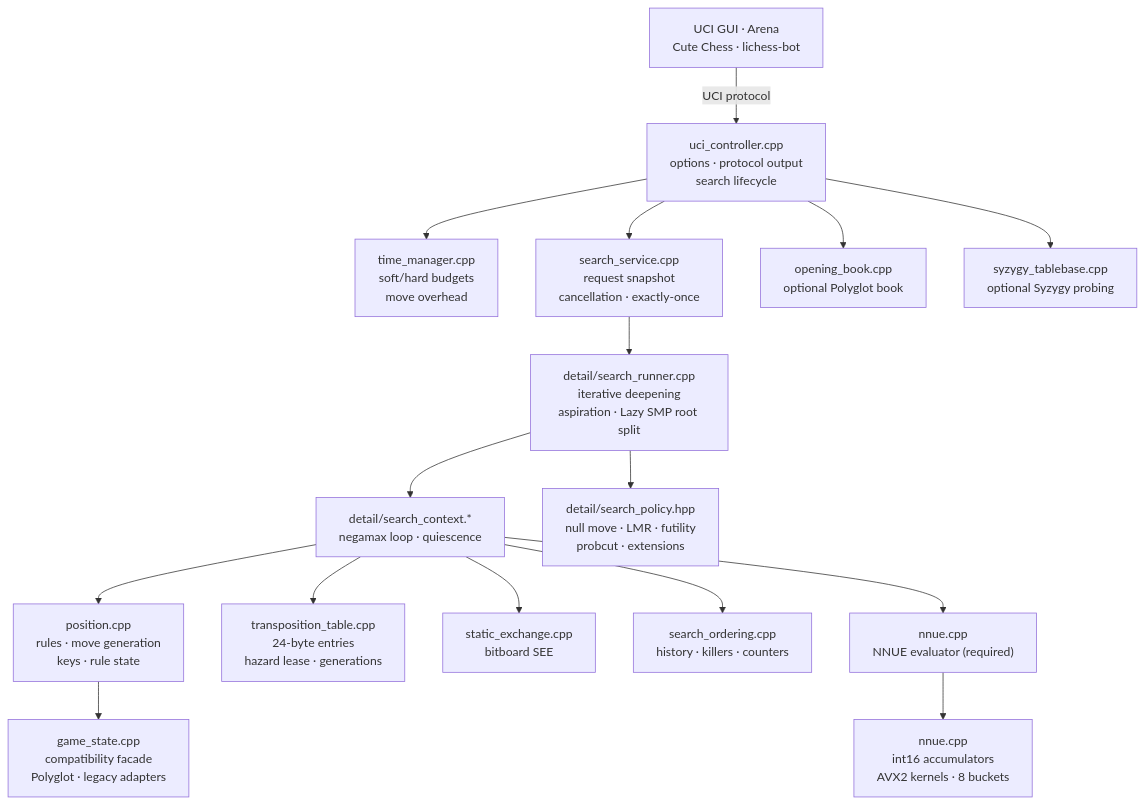
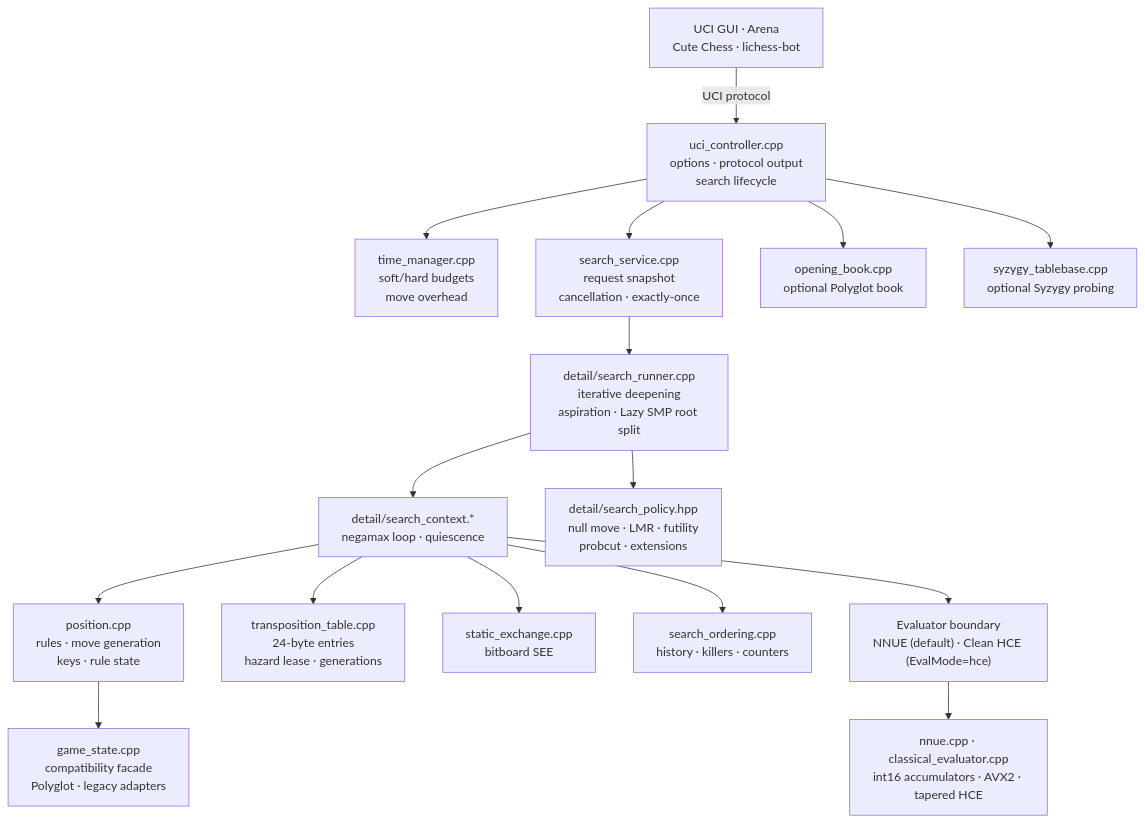
One commit to nhatquang1701/Koi changed the diagram in docs/ARCHITECTURE.md. Above: the diagram before and after it, drawn with Mermaid. The commit also changed other lines of this file and 12 other files, not shown here.

````diff
--- a/docs/ARCHITECTURE.md
+++ b/docs/ARCHITECTURE.md
@@ -7,19 +7,19 @@
 ```mermaid
 flowchart TD
     GUI["UCI GUI · Arena<br/>Cute Chess · lichess-bot"] -- "UCI protocol" --> UCI
     UCI["uci_controller.cpp<br/>options · protocol output<br/>search lifecycle"]
     UCI --> TIME["time_manager.cpp<br/>soft/hard budgets<br/>move overhead"]
     UCI --> SERVICE["search_service.cpp<br/>request snapshot<br/>cancellation · exactly-once"]
     SERVICE --> RUNNER["detail/search_runner.cpp<br/>iterative deepening<br/>aspiration · Lazy SMP root split"]
     RUNNER --> CONTEXT["detail/search_context.*<br/>negamax loop · quiescence"]
     RUNNER --> POLICY["detail/search_policy.hpp<br/>null move · LMR · futility<br/>probcut · extensions"]
     CONTEXT --> POSITION["position.cpp<br/>rules · move generation<br/>keys · rule state"]
     POSITION --> STATE["game_state.cpp<br/>compatibility facade<br/>Polyglot · legacy adapters"]
     CONTEXT --> TT["transposition_table.cpp<br/>24-byte entries<br/>hazard lease · generations"]
     CONTEXT --> SEE["static_exchange.cpp<br/>bitboard SEE"]
     CONTEXT --> ORDER["search_ordering.cpp<br/>history · killers · counters"]
-    CONTEXT --> EVAL["nnue.cpp<br/>NNUE evaluator (required)"]
-    EVAL --> NNUE["nnue.cpp<br/>int16 accumulators<br/>AVX2 kernels · 8 buckets"]
+    CONTEXT --> EVAL["Evaluator boundary<br/>NNUE (default) · Clean HCE (EvalMode=hce)"]
+    EVAL --> NNUE["nnue.cpp · classical_evaluator.cpp<br/>int16 accumulators · AVX2 · tapered HCE"]
     UCI --> BOOK["opening_book.cpp<br/>optional Polyglot book"]
     UCI --> TB["syzygy_tablebase.cpp<br/>optional Syzygy probing"]
 ```
````
